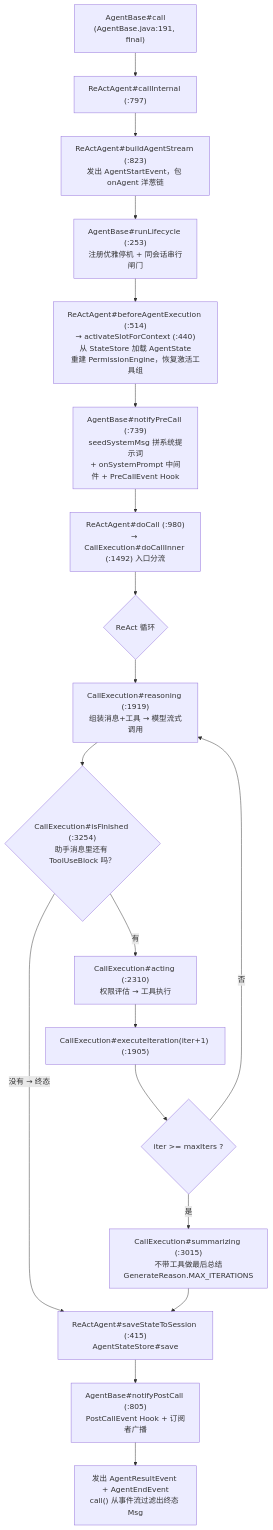
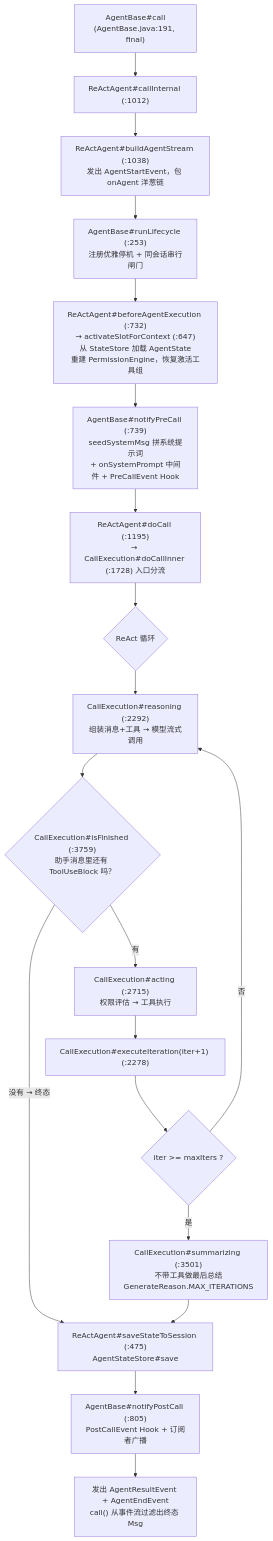
One commit to liulangjietou/AgentScope-source-analysis changed the first of 4 diagrams in 03-ReAct主循环.md. Above: the diagram before and after it, drawn with Mermaid. The commit also changed other lines of this file and 10 other files, not shown here.

````diff
--- a/03-ReAct主循环.md
+++ b/03-ReAct主循环.md
@@ -29,21 +29,21 @@
 ```mermaid
 flowchart TB
-    CALL["AgentBase#call<br/>(AgentBase.java:191, final)"] --> CI["ReActAgent#callInternal (:797)"]
-    CI --> BAS["ReActAgent#buildAgentStream (:823)<br/>发出 AgentStartEvent，包 onAgent 洋葱链"]
+    CALL["AgentBase#call<br/>(AgentBase.java:191, final)"] --> CI["ReActAgent#callInternal (:1012)"]
+    CI --> BAS["ReActAgent#buildAgentStream (:1038)<br/>发出 AgentStartEvent，包 onAgent 洋葱链"]
     BAS --> RL["AgentBase#runLifecycle (:253)<br/>注册优雅停机 + 同会话串行闸门"]
-    RL --> BE["ReActAgent#beforeAgentExecution (:514)<br/>→ activateSlotForContext (:440)<br/>从 StateStore 加载 AgentState<br/>重建 PermissionEngine，恢复激活工具组"]
+    RL --> BE["ReActAgent#beforeAgentExecution (:732)<br/>→ activateSlotForContext (:647)<br/>从 StateStore 加载 AgentState<br/>重建 PermissionEngine，恢复激活工具组"]
     BE --> PRE["AgentBase#notifyPreCall (:739)<br/>seedSystemMsg 拼系统提示词<br/>+ onSystemPrompt 中间件 + PreCallEvent Hook"]
-    PRE --> DC["ReActAgent#doCall (:980)<br/>→ CallExecution#doCallInner (:1492) 入口分流"]
+    PRE --> DC["ReActAgent#doCall (:1195)<br/>→ CallExecution#doCallInner (:1728) 入口分流"]
     DC --> LOOP{"ReAct 循环"}
-    LOOP --> R["CallExecution#reasoning (:1919)<br/>组装消息+工具 → 模型流式调用"]
-    R --> FIN{"CallExecution#isFinished (:3254)<br/>助手消息里还有 ToolUseBlock 吗？"}
+    LOOP --> R["CallExecution#reasoning (:2292)<br/>组装消息+工具 → 模型流式调用"]
+    R --> FIN{"CallExecution#isFinished (:3759)<br/>助手消息里还有 ToolUseBlock 吗？"}
     FIN -->|"没有 → 终态"| SAVE
-    FIN -->|"有"| A["CallExecution#acting (:2310)<br/>权限评估 → 工具执行"]
-    A --> ITER["CallExecution#executeIteration(iter+1) (:1905)"]
+    FIN -->|"有"| A["CallExecution#acting (:2715)<br/>权限评估 → 工具执行"]
+    A --> ITER["CallExecution#executeIteration(iter+1) (:2278)"]
     ITER --> MAX{"iter >= maxIters ?"}
     MAX -->|"否"| R
-    MAX -->|"是"| SUM["CallExecution#summarizing (:3015)<br/>不带工具做最后总结<br/>GenerateReason.MAX_ITERATIONS"]
-    SUM --> SAVE["ReActAgent#saveStateToSession (:415)<br/>AgentStateStore#save"]
+    MAX -->|"是"| SUM["CallExecution#summarizing (:3501)<br/>不带工具做最后总结<br/>GenerateReason.MAX_ITERATIONS"]
+    SUM --> SAVE["ReActAgent#saveStateToSession (:475)<br/>AgentStateStore#save"]
     SAVE --> POST["AgentBase#notifyPostCall (:805)<br/>PostCallEvent Hook + 订阅者广播"]
     POST --> RES["发出 AgentResultEvent + AgentEndEvent<br/>call() 从事件流过滤出终态 Msg"]
 ```
````
